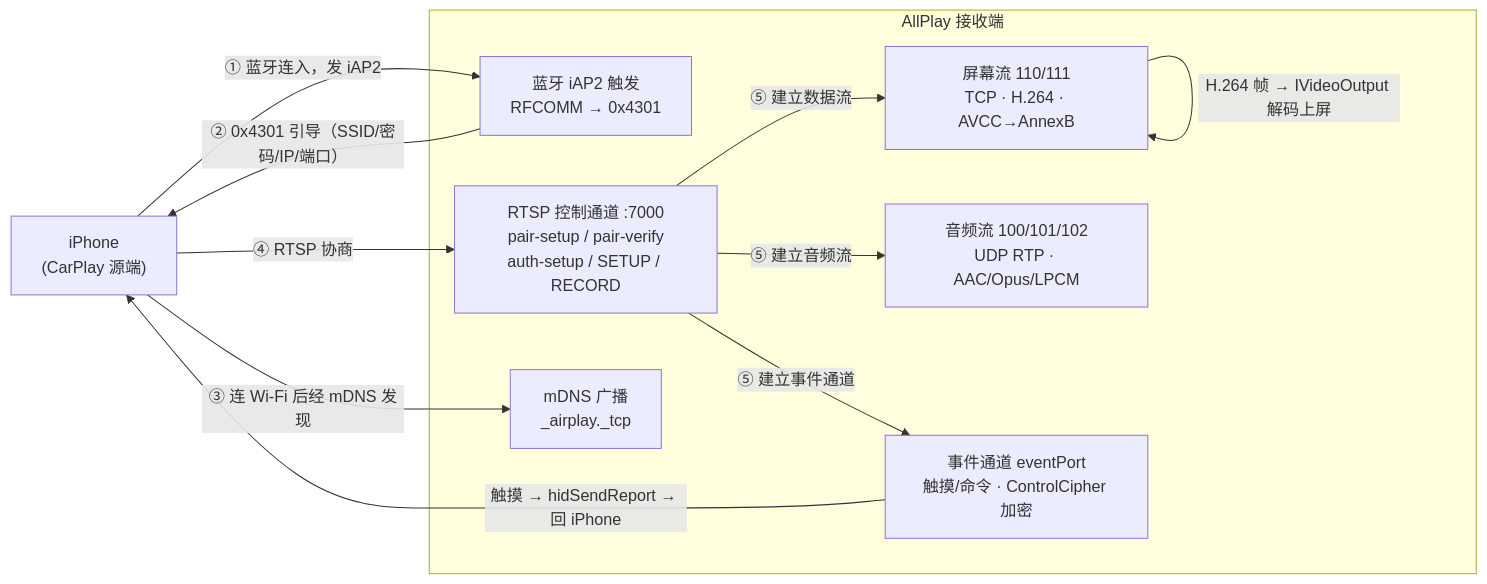
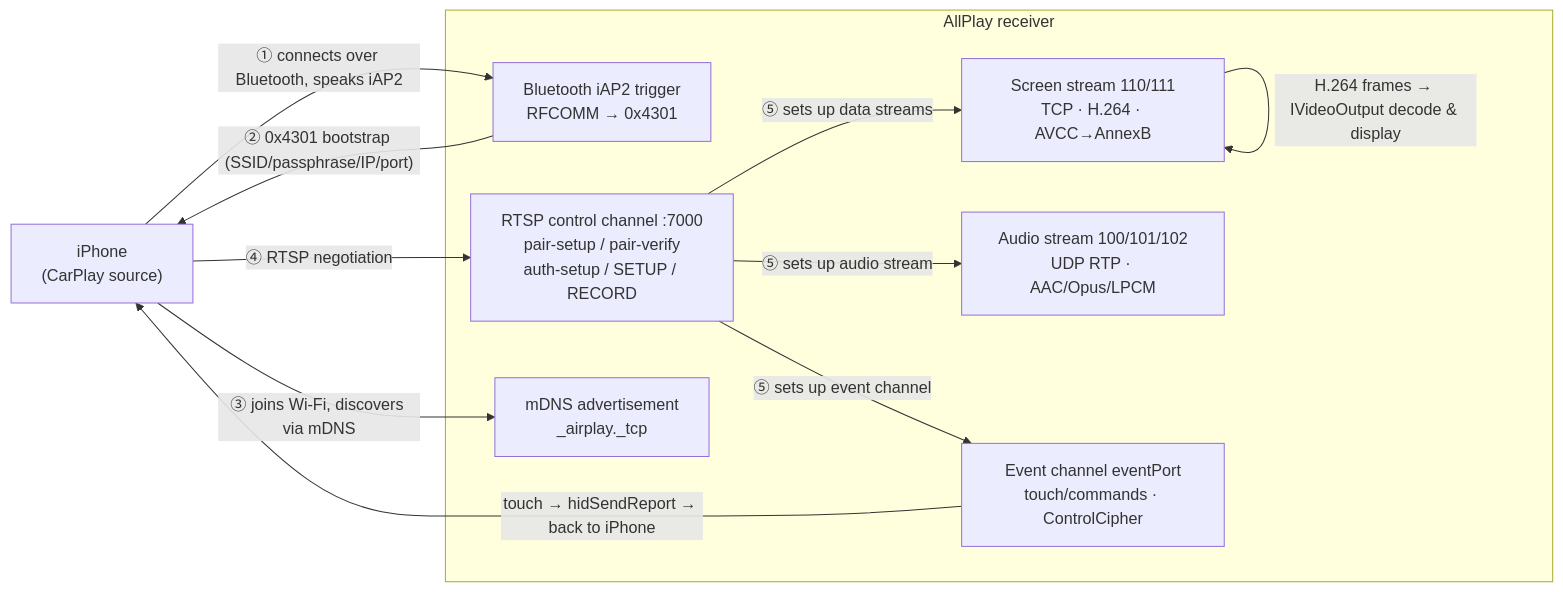
One commit to UnmetDecade/AllPlay changed the second of 2 diagrams in README.md. Above: the diagram before and after it, drawn with Mermaid. The commit also changed other lines of this file and 1 other file, not shown here.

````diff
--- a/README.md
+++ b/README.md
@@ -155,23 +168,23 @@
 ```mermaid
 flowchart LR
-    IPHONE["iPhone<br/>(CarPlay 源端)"]
+    IPHONE["iPhone<br/>(CarPlay source)"]
 
-    subgraph RECEIVER["AllPlay 接收端"]
-        BT_TRIG["蓝牙 iAP2 触发<br/>RFCOMM → 0x4301"]
-        RTSP["RTSP 控制通道 :7000<br/>pair-setup / pair-verify<br/>auth-setup / SETUP / RECORD"]
-        SCREEN["屏幕流 110/111<br/>TCP · H.264 · AVCC→AnnexB"]
-        AUDIO["音频流 100/101/102<br/>UDP RTP · AAC/Opus/LPCM"]
-        EVENT["事件通道 eventPort<br/>触摸/命令 · ControlCipher 加密"]
-        MDNS_B["mDNS 广播<br/>_airplay._tcp"]
+    subgraph RECEIVER["AllPlay receiver"]
+        BT_TRIG["Bluetooth iAP2 trigger<br/>RFCOMM → 0x4301"]
+        RTSP["RTSP control channel :7000<br/>pair-setup / pair-verify<br/>auth-setup / SETUP / RECORD"]
+        SCREEN["Screen stream 110/111<br/>TCP · H.264 · AVCC→AnnexB"]
+        AUDIO["Audio stream 100/101/102<br/>UDP RTP · AAC/Opus/LPCM"]
+        EVENT["Event channel eventPort<br/>touch/commands · ControlCipher"]
+        MDNS_B["mDNS advertisement<br/>_airplay._tcp"]
     end
 
-    IPHONE -->|"① 蓝牙连入，发 iAP2"| BT_TRIG
-    BT_TRIG -->|"② 0x4301 引导（SSID/密码/IP/端口）"| IPHONE
-    IPHONE -->|"③ 连 Wi-Fi 后经 mDNS 发现"| MDNS_B
-    IPHONE -->|"④ RTSP 协商"| RTSP
-    RTSP -->|"⑤ 建立数据流"| SCREEN
-    RTSP -->|"⑤ 建立音频流"| AUDIO
-    RTSP -->|"⑤ 建立事件通道"| EVENT
-    SCREEN -->|"H.264 帧 → IVideoOutput 解码上屏"| SCREEN
-    EVENT -->|"触摸 → hidSendReport → 回 iPhone"| IPHONE
+    IPHONE -->|"① connects over Bluetooth, speaks iAP2"| BT_TRIG
+    BT_TRIG -->|"② 0x4301 bootstrap (SSID/passphrase/IP/port)"| IPHONE
+    IPHONE -->|"③ joins Wi-Fi, discovers via mDNS"| MDNS_B
+    IPHONE -->|"④ RTSP negotiation"| RTSP
+    RTSP -->|"⑤ sets up data streams"| SCREEN
+    RTSP -->|"⑤ sets up audio stream"| AUDIO
+    RTSP -->|"⑤ sets up event channel"| EVENT
+    SCREEN -->|"H.264 frames → IVideoOutput decode & display"| SCREEN
+    EVENT -->|"touch → hidSendReport → back to iPhone"| IPHONE
 ```
````
